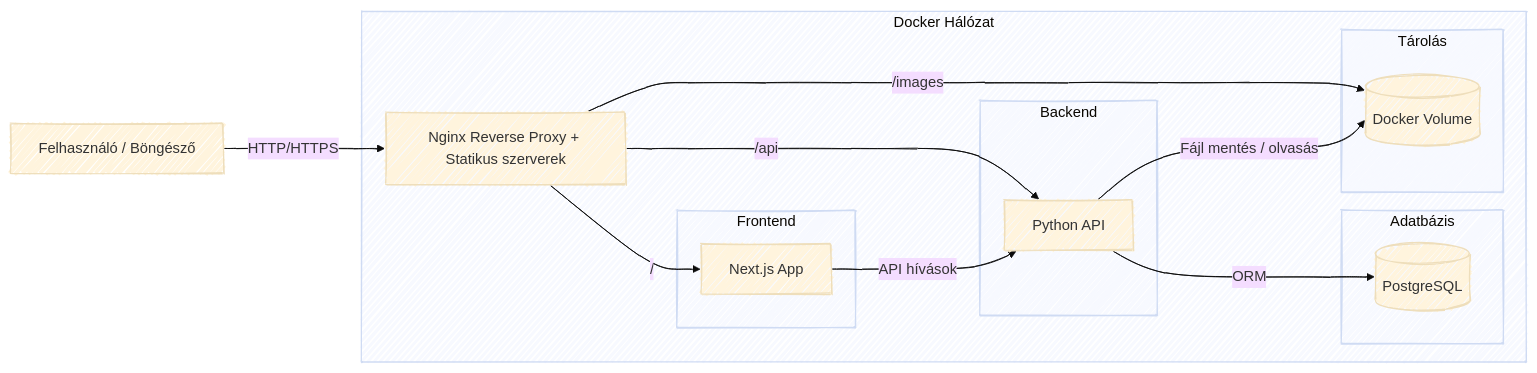
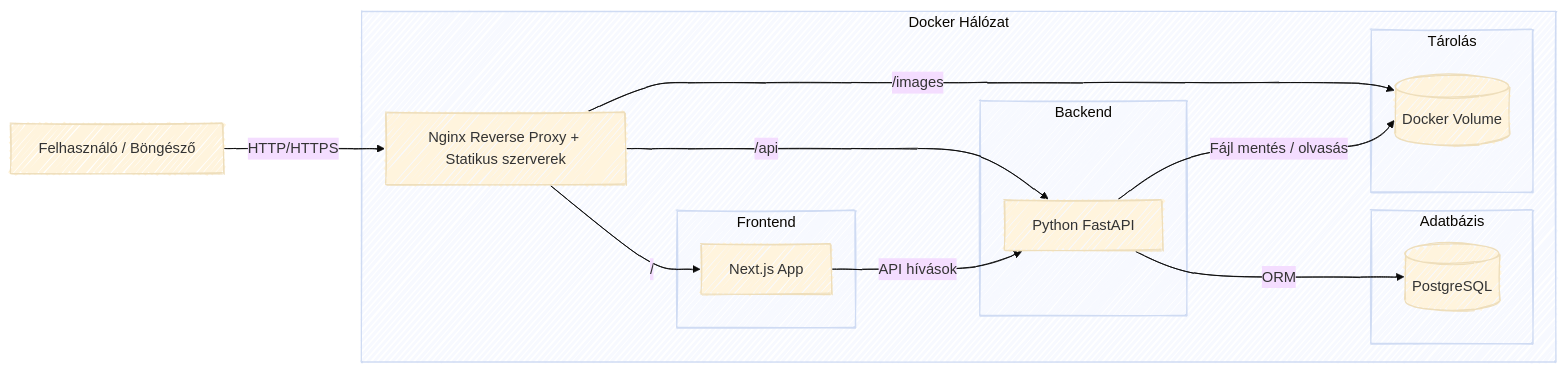
One commit to bencso/ImgPrew changed the second of 2 diagrams in README.md. Above: the diagram before and after it, drawn with Mermaid (base theme).

````diff
--- a/README.md
+++ b/README.md
@@ -111,35 +111,35 @@
 ```mermaid
 ---
 config:
   look: handDrawn
 ---
 flowchart LR
  subgraph Frontend["Frontend"]
         NextJS["Next.js App"]
   end
  subgraph Backend["Backend"]
-        API["Python API"]
+        API["Python FastAPI"]
   end
  subgraph s1["Adatbázis"]
         Postgres[("PostgreSQL")]
   end
  subgraph s2["Tárolás"]
         FájlTárolás["Docker Volume"]
   end
  subgraph subGraph4["Docker Hálózat"]
         Nginx["Nginx Reverse Proxy + Statikus szerverek"]
         Frontend
         Backend
         s1
         s2
   end
     User["Felhasználó / Böngésző"] -- HTTP/HTTPS --> Nginx
     Nginx -- / --> NextJS
     Nginx -- /api --> API
     Nginx -- /images --> FájlTárolás
     API -- ORM --> Postgres
     API -- Fájl mentés / olvasás --> FájlTárolás
     NextJS -- API hívások --> API
 
     FájlTárolás@{ shape: db}
 ```
````
